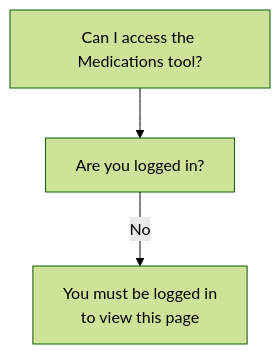
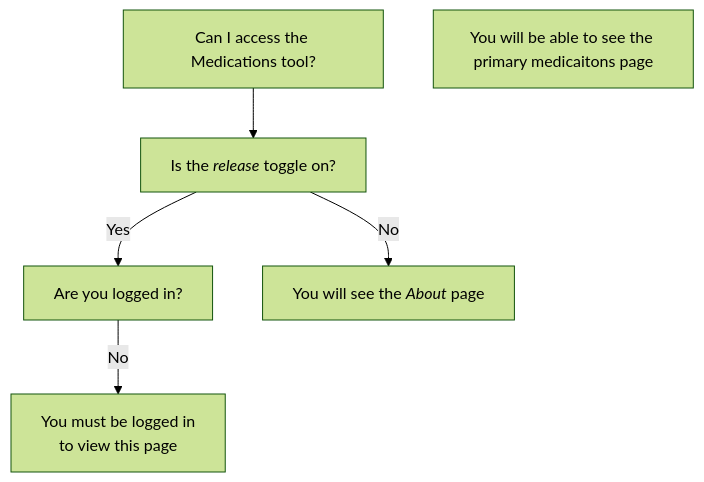
Before and after one commit to department-of-veterans-affairs/va.gov-team: the second of 3 diagrams in products/health-care/digital-health-modernization/engineering/mhv-access-visibility-graphs.md, drawn with Mermaid (forest theme).

Commit message:
Update mhv-access-visibility-graphs.md
Work on medications

````diff
--- a/products/health-care/digital-health-modernization/engineering/mhv-access-visibility-graphs.md
+++ b/products/health-care/digital-health-modernization/engineering/mhv-access-visibility-graphs.md
@@ -47,10 +47,15 @@
 ```mermaid
 graph TD
 
-Meds.Access[Can I access the Medications tool?]
-Meds.LoggedIn[Are you logged in?]
+Meds.AccessQ[Can I access the Medications tool?]
+Meds.LoggedInQ[Are you logged in?]
+Meds.ReleaseToggleQ[Is the <i>release</i> toggle on?]
+Meds.AboutPage[You will see the <i>About</i> page]
 Meds.AuthReq[You must be logged in <br>to view this page]
+Meds.AcessAllowed[You will be able to see the primary medicaitons page]
 
-Meds.Access --> Meds.LoggedIn
-Meds.LoggedIn -->|No| Meds.AuthReq
+Meds.AccessQ --> Meds.ReleaseToggleQ
+Meds.ReleaseToggleQ -->|No| Meds.AboutPage
+Meds.ReleaseToggleQ -->|Yes| Meds.LoggedInQ 
+Meds.LoggedInQ -->|No| Meds.AuthReq
 ```
````
